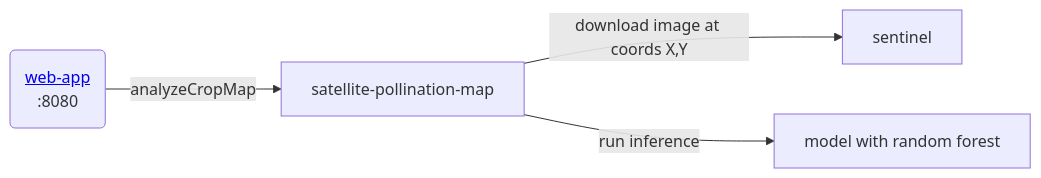
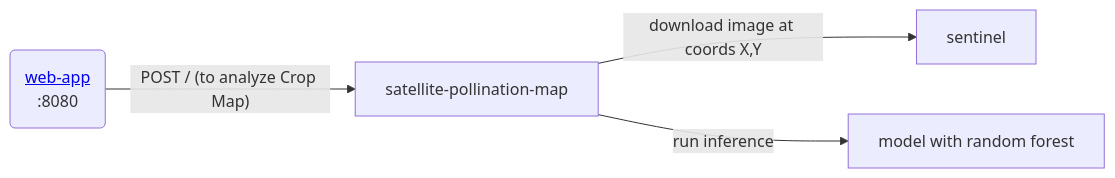
One commit to Gratheon/satellite-pollination-map changed the diagram in README.md. Above: the diagram before and after it, drawn with Mermaid. The commit also changed other lines of this file and 1 other file, not shown here.

````diff
--- a/README.md
+++ b/README.md
@@ -15,7 +21,7 @@
 ```mermaid
 flowchart LR
-    web-app("<a href='https://github.com/Gratheon/web-app'>web-app</a>\n:8080") --analyzeCropMap--> satellite-pollination-map
+    web-app("<a href='https://github.com/Gratheon/web-app'>web-app</a>\n:8080") -- POST / (to analyze Crop Map)--> satellite-pollination-map
 
 	satellite-pollination-map -- download image at coords X,Y--> sentinel
 	satellite-pollination-map -- run inference --> ML[model with random forest]
 ```
````
